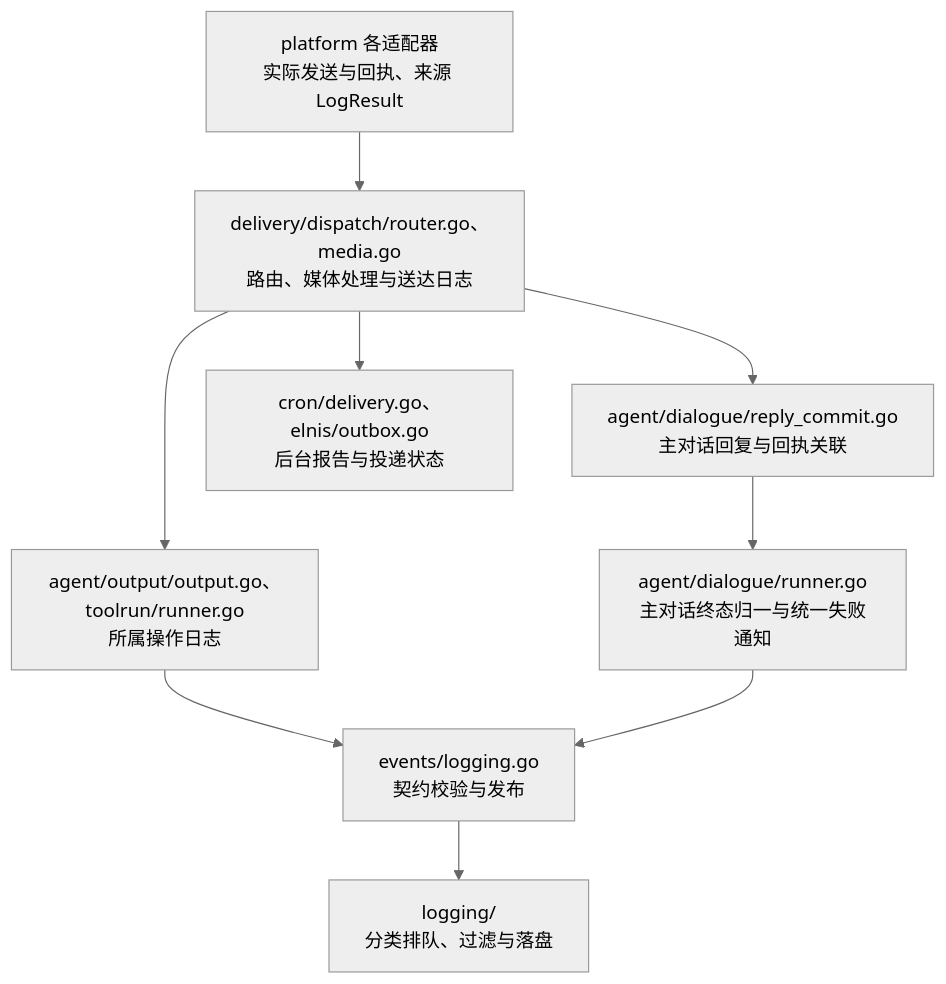
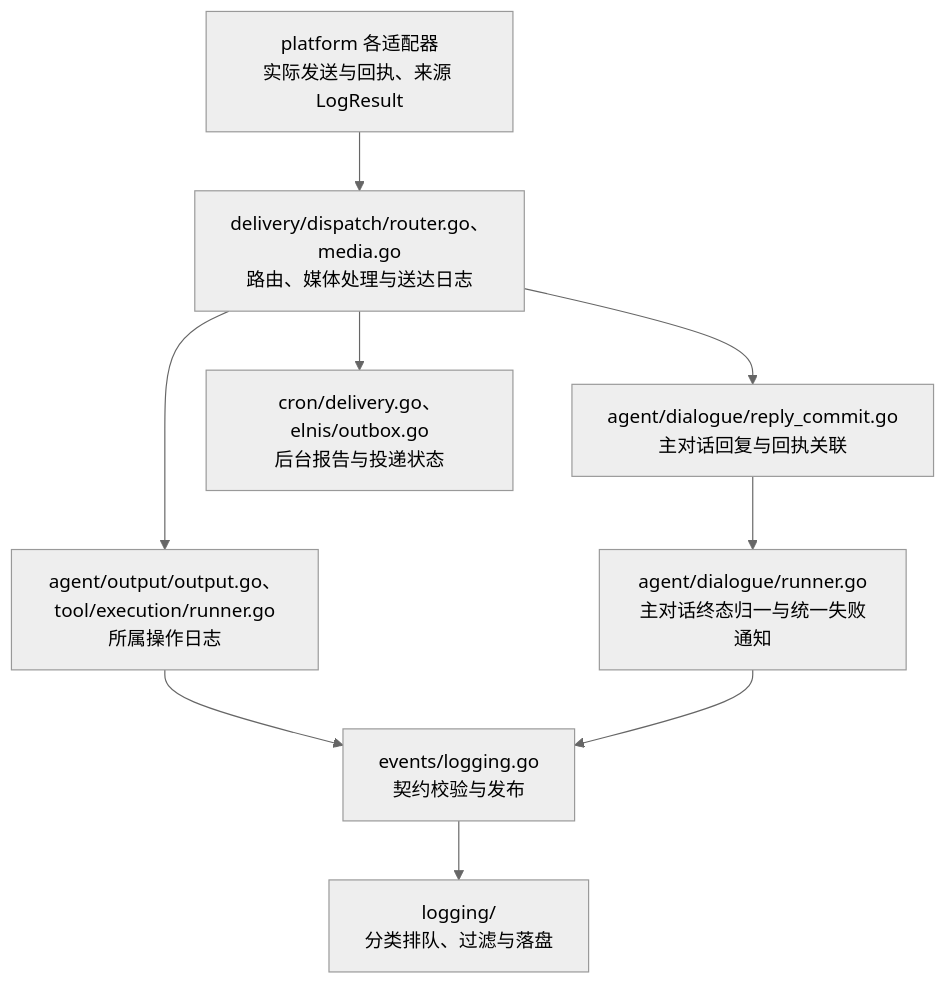
Before and after one commit to Elflare/elbot: the seventh of 8 diagrams in devdocs/architecture.md, drawn with Mermaid (neutral theme). The commit also changed other lines of this file and 226 other files, not shown here.

````diff
--- a/devdocs/architecture.md
+++ b/devdocs/architecture.md
@@ -334,11 +334,11 @@
 ```mermaid
 flowchart TD
     P["platform 各适配器<br/>实际发送与回执、来源 LogResult"] --> R["delivery/dispatch/router.go、media.go<br/>路由、媒体处理与送达日志"]
     R --> B["agent/dialogue/reply_commit.go<br/>主对话回复与回执关联"]
     R --> BG["cron/delivery.go、elnis/outbox.go<br/>后台报告与投递状态"]
     B --> T["agent/dialogue/runner.go<br/>主对话终态归一与统一失败通知"]
-    R --> O["agent/output/output.go、toolrun/runner.go<br/>所属操作日志"]
+    R --> O["agent/output/output.go、tool/execution/runner.go<br/>所属操作日志"]
     O --> E["events/logging.go<br/>契约校验与发布"]
     T --> E
     E --> L["logging/<br/>分类排队、过滤与落盘"]
 ```
````
